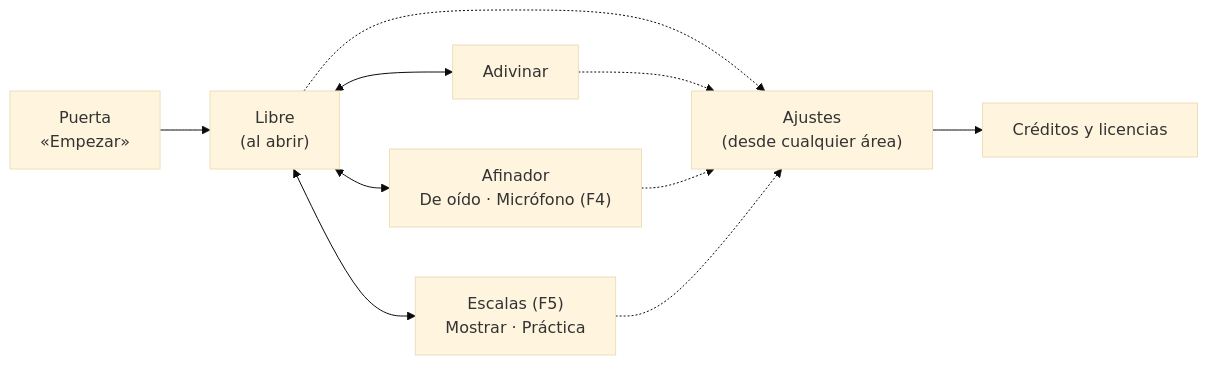
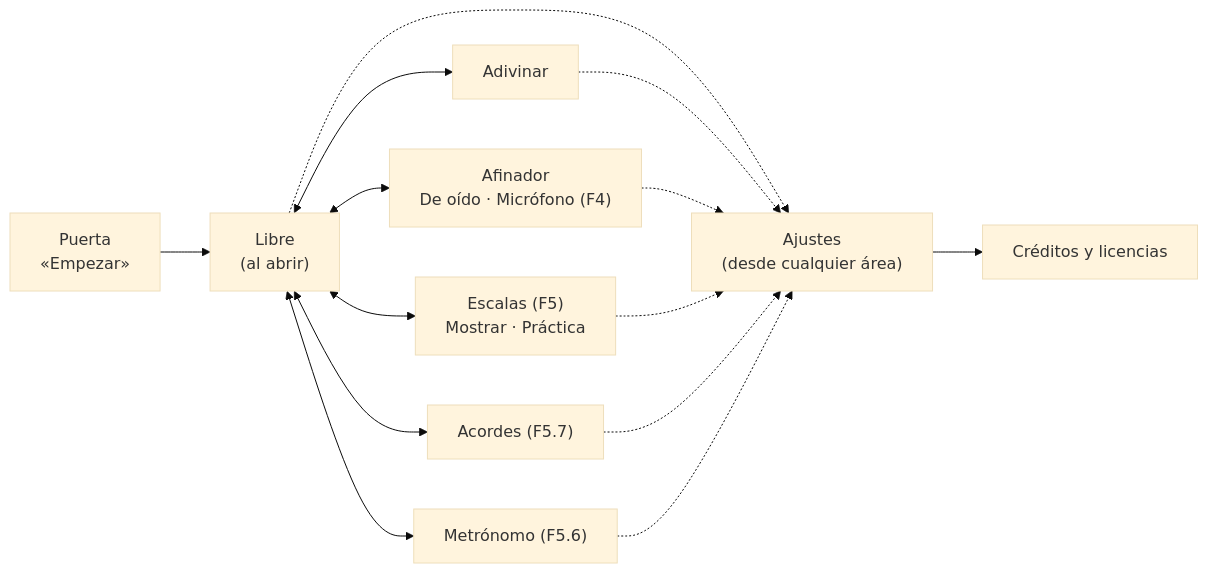
Before and after one commit to pdigue/guitarra: the diagram in docs/interfaz.md, drawn with Mermaid (base theme). The commit also changed other lines of this file and 7 other files, not shown here.

First line of the commit message:
Documentar el metrónomo como área propia y cerrar AR-10 y AT-09 (requisitos v1.20, MT-05, J-13)

````diff
--- a/docs/interfaz.md
+++ b/docs/interfaz.md
@@ -47,9 +47,11 @@
 ```mermaid
 flowchart LR
   P["Puerta<br/>«Empezar»"] --> L["Libre<br/>(al abrir)"]
   L <--> A["Adivinar"]
   L <--> F["Afinador<br/>De oído · Micrófono (F4)"]
   L <--> E["Escalas (F5)<br/>Mostrar · Práctica"]
-  L & A & F & E -.-> S["Ajustes<br/>(desde cualquier área)"]
+  L <--> K["Acordes (F5.7)"]
+  L <--> M["Metrónomo (F5.6)"]
+  L & A & F & E & K & M -.-> S["Ajustes<br/>(desde cualquier área)"]
   S --> C["Créditos y licencias"]
 ```
````
